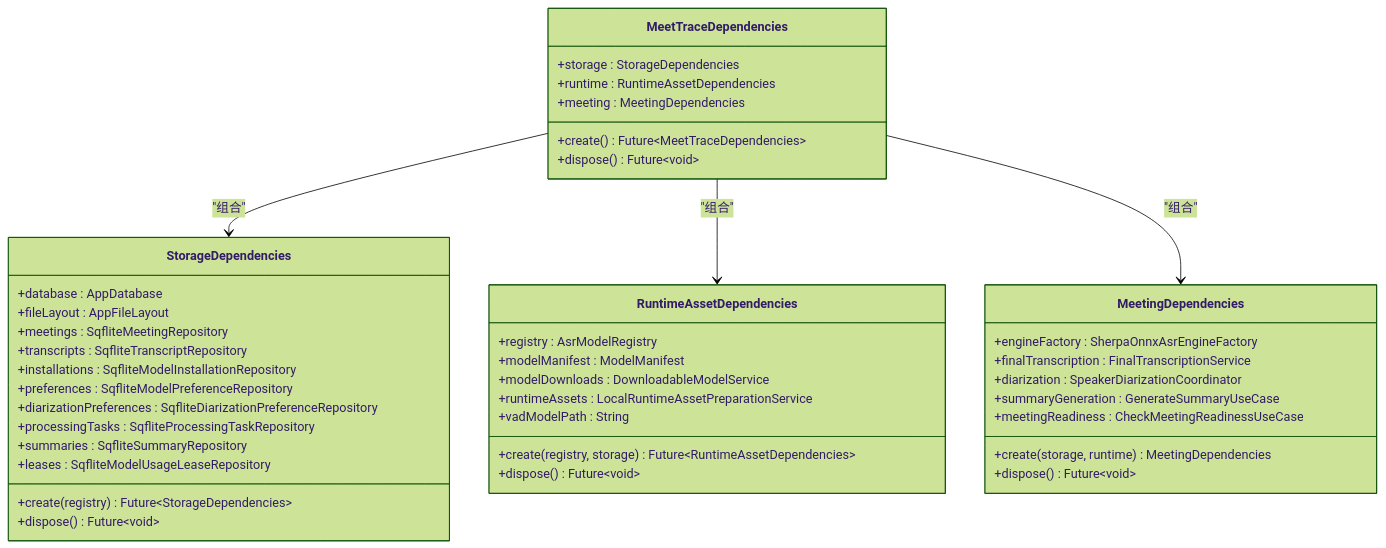
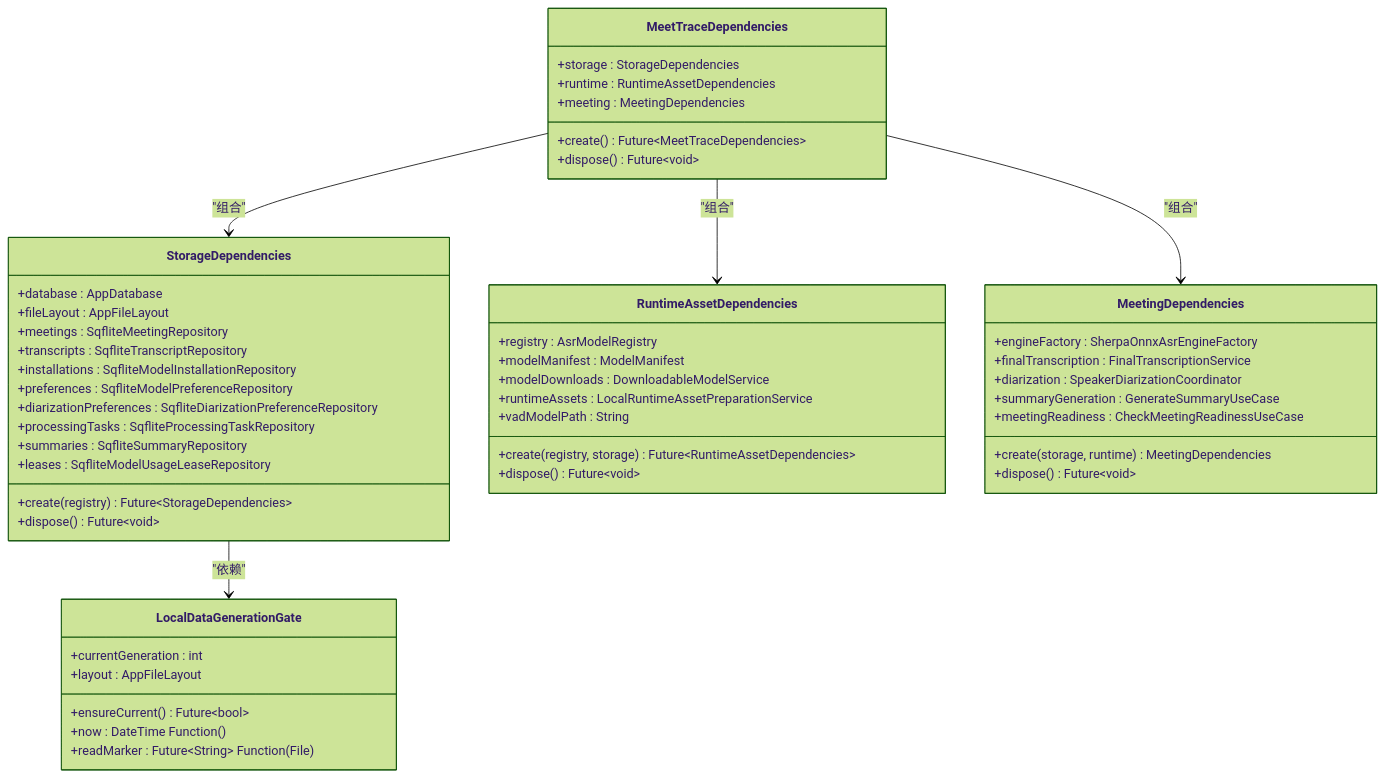
The second of 4 diagrams in .qoder/repowiki/zh/content/架构设计/依赖注入.md (zhangheng2022/meet_trace), drawn with Mermaid (forest theme) before and after one commit. The commit also changed other lines of this file and 220 other files, not shown here.

````diff
--- a/.qoder/repowiki/zh/content/架构设计/依赖注入.md
+++ b/.qoder/repowiki/zh/content/架构设计/依赖注入.md
@@ -85,45 +101,53 @@
 ```mermaid
 classDiagram
 class MeetTraceDependencies {
 +storage : StorageDependencies
 +runtime : RuntimeAssetDependencies
 +meeting : MeetingDependencies
 +create() Future~MeetTraceDependencies~
 +dispose() Future~void~
 }
 class StorageDependencies {
 +database : AppDatabase
 +fileLayout : AppFileLayout
 +meetings : SqfliteMeetingRepository
 +transcripts : SqfliteTranscriptRepository
 +installations : SqfliteModelInstallationRepository
 +preferences : SqfliteModelPreferenceRepository
 +diarizationPreferences : SqfliteDiarizationPreferenceRepository
 +processingTasks : SqfliteProcessingTaskRepository
 +summaries : SqfliteSummaryRepository
 +leases : SqfliteModelUsageLeaseRepository
 +create(registry) Future~StorageDependencies~
 +dispose() Future~void~
 }
 class RuntimeAssetDependencies {
 +registry : AsrModelRegistry
 +modelManifest : ModelManifest
 +modelDownloads : DownloadableModelService
 +runtimeAssets : LocalRuntimeAssetPreparationService
 +vadModelPath : String
 +create(registry, storage) Future~RuntimeAssetDependencies~
 +dispose() Future~void~
 }
 class MeetingDependencies {
 +engineFactory : SherpaOnnxAsrEngineFactory
 +finalTranscription : FinalTranscriptionService
 +diarization : SpeakerDiarizationCoordinator
 +summaryGeneration : GenerateSummaryUseCase
 +meetingReadiness : CheckMeetingReadinessUseCase
 +create(storage, runtime) MeetingDependencies
 +dispose() Future~void~
 }
+class LocalDataGenerationGate {
++currentGeneration : int
++ensureCurrent() Future~bool~
++layout : AppFileLayout
++now : DateTime Function()
++readMarker : Future~String~ Function(File)
+}
 MeetTraceDependencies --> StorageDependencies : "组合"
 MeetTraceDependencies --> RuntimeAssetDependencies : "组合"
 MeetTraceDependencies --> MeetingDependencies : "组合"
+StorageDependencies --> LocalDataGenerationGate : "依赖"
 ```
````
